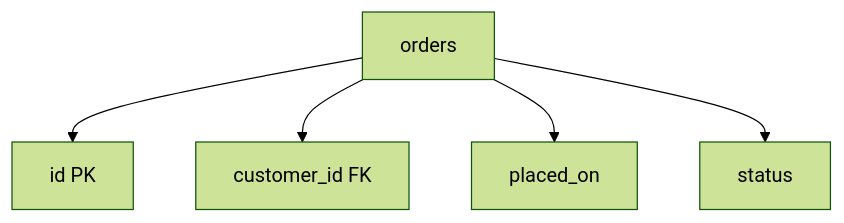
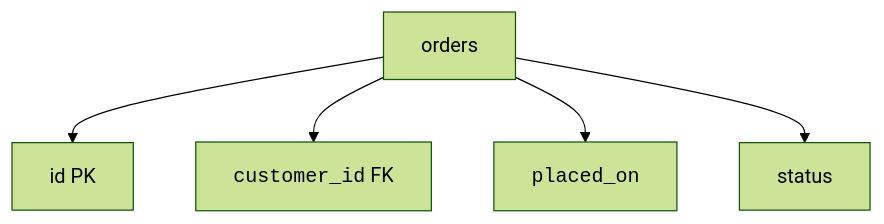
The third of 5 diagrams in content/learn/database-design-postgresql/reading-er-diagrams.mdx (dataslope/dataslope), drawn with Mermaid (forest theme) before and after one commit. The commit also changed other lines of this file and 153 other files, not shown here.

First line of the commit message:
Render code-only mermaid shapes in monospace; convert step sequences to Steps

````diff
--- a/content/learn/database-design-postgresql/reading-er-diagrams.mdx
+++ b/content/learn/database-design-postgresql/reading-er-diagrams.mdx
@@ -72,7 +72,7 @@
 ```mermaid
 flowchart TB
     Entity["orders"] --> ID["id PK"]
-    Entity --> CustomerID["customer_id FK"]
-    Entity --> Placed["placed_on"]
+    Entity --> CustomerID["<code>customer_id</code> FK"]
+    Entity --> Placed["<code>placed_on</code>"]
     Entity --> Status["status"]
 ```
````
